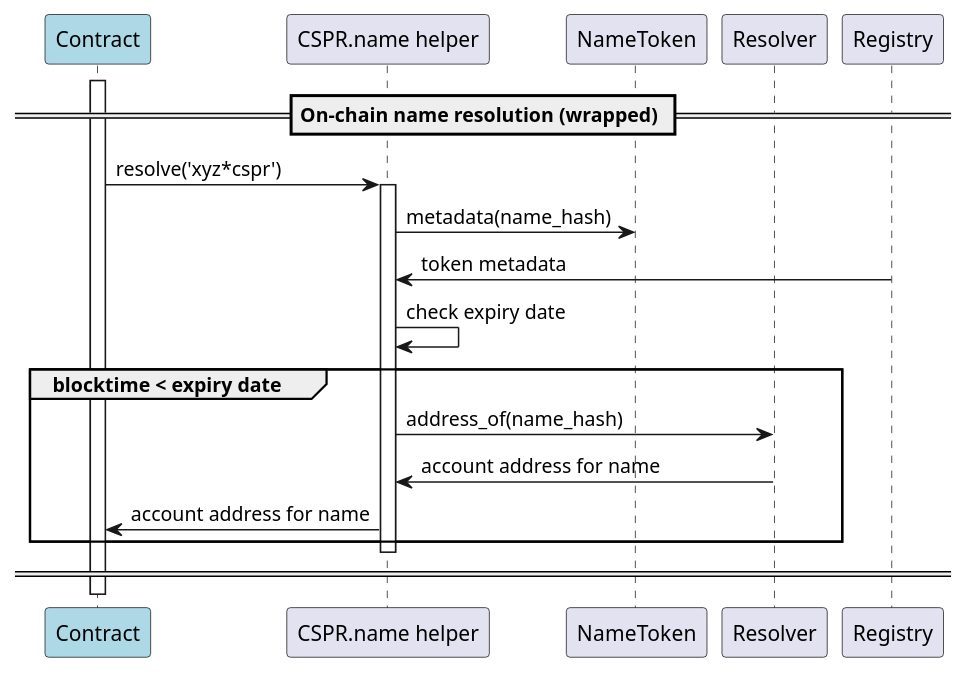
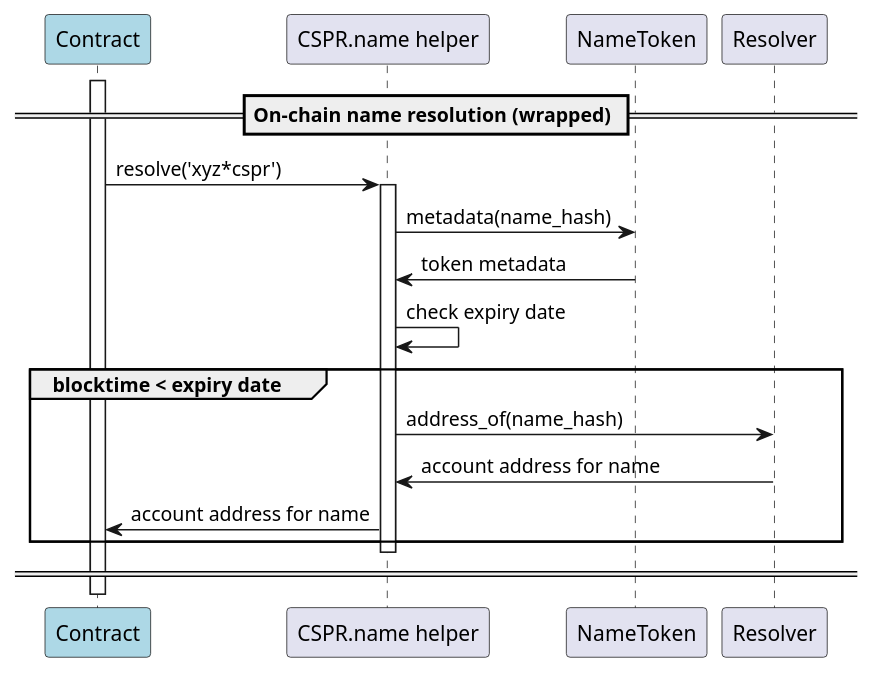
One commit to make-software/cspr-name-contracts changed the diagram in docs/sequence-diagrams/puml/onchain-name-resolution-wrapped.puml. Above: the diagram before and after it, drawn with PlantUML. The commit also changed 9 other files, not shown here.

Commit message:
Renamed Registry contract with NameToken in the sequence diagrams. (part 3)

```diff
--- a/docs/sequence-diagrams/puml/onchain-name-resolution-wrapped.puml
+++ b/docs/sequence-diagrams/puml/onchain-name-resolution-wrapped.puml
@@ -1,31 +1,31 @@
 @startuml
 'https://plantuml.com/sequence-diagram
 
 'autonumber
 participant "Contract" #lightblue
 participant "CSPR.name helper"
 participant "NameToken"
 participant "Resolver"
 
 == On-chain name resolution (wrapped) ==
 
 activate "Contract"
 Contract -> "CSPR.name helper": resolve('xyz*cspr')
 activate "CSPR.name helper"
 "CSPR.name helper" -> "NameToken": metadata(name_hash)
-"Registry" -> "CSPR.name helper": token metadata
+"NameToken" -> "CSPR.name helper": token metadata
 "CSPR.name helper" -> "CSPR.name helper": check expiry date
 
 group blocktime < expiry date
     "CSPR.name helper" -> Resolver: address_of(name_hash)
     Resolver -> "CSPR.name helper": account address for name
     "CSPR.name helper" -> Contract: account address for name
 end
 
 deactivate "CSPR.name helper"
 
 == ==
 
 deactivate Contract
 
 @enduml
```
